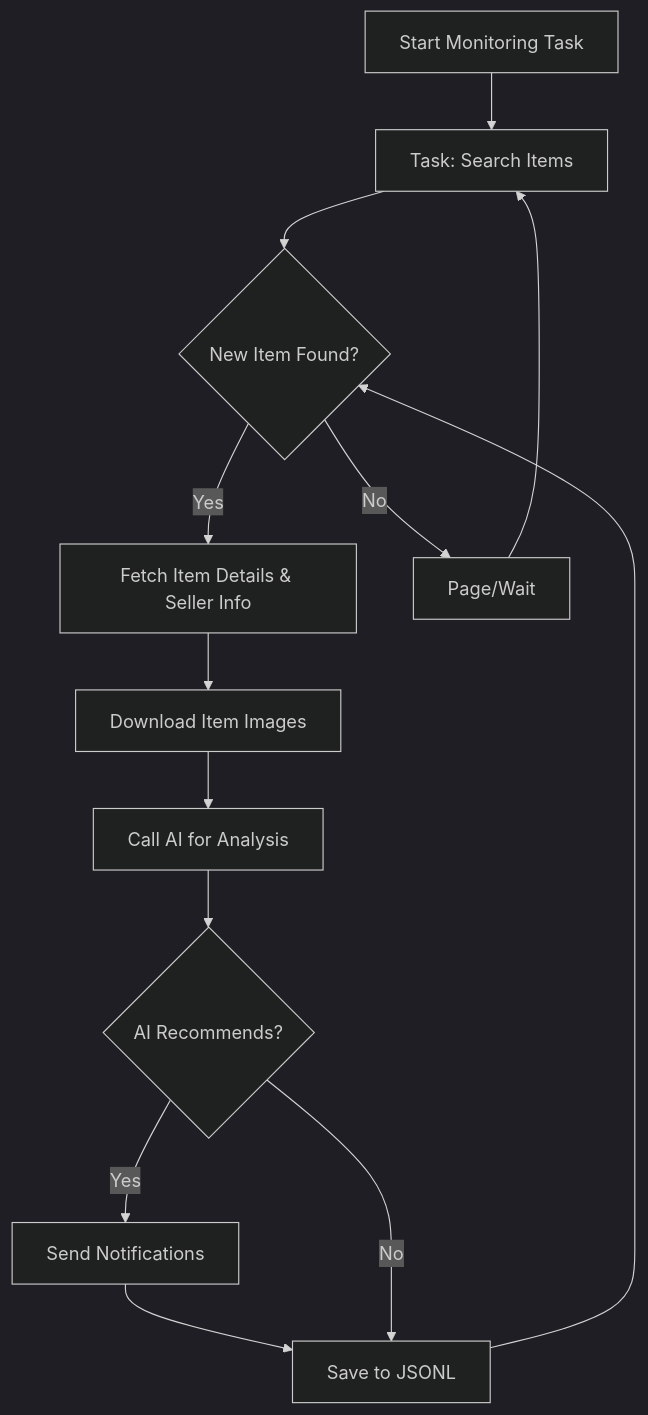
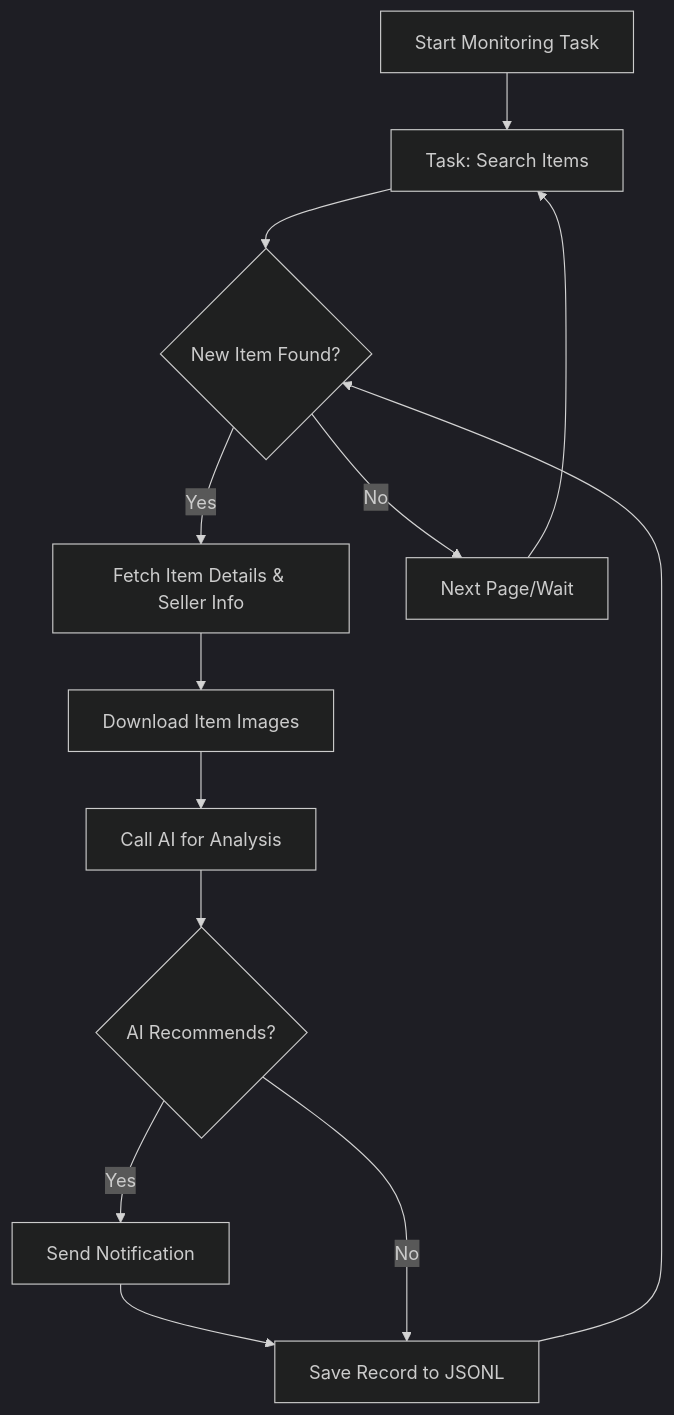
Before and after one commit to saurav-z/repo-docs: the diagram in docs/dingyufei615-ai-goofish-monitor.md, drawn with Mermaid (dark theme). The commit also changed other lines of this file and 217 other files, not shown here.

````diff
--- a/docs/dingyufei615-ai-goofish-monitor.md
+++ b/docs/dingyufei615-ai-goofish-monitor.md
@@ -212,15 +203,15 @@
 ```mermaid
 graph TD
     A[Start Monitoring Task] --> B[Task: Search Items];
     B --> C{New Item Found?};
     C -- Yes --> D[Fetch Item Details & Seller Info];
     D --> E[Download Item Images];
     E --> F[Call AI for Analysis];
     F --> G{AI Recommends?};
-    G -- Yes --> H[Send Notifications];
-    H --> I[Save to JSONL];
+    G -- Yes --> H[Send Notification];
+    H --> I[Save Record to JSONL];
     G -- No --> I;
-    C -- No --> J[Page/Wait];
+    C -- No --> J[Next Page/Wait];
     J --> B;
     I --> C;
 ```
````
